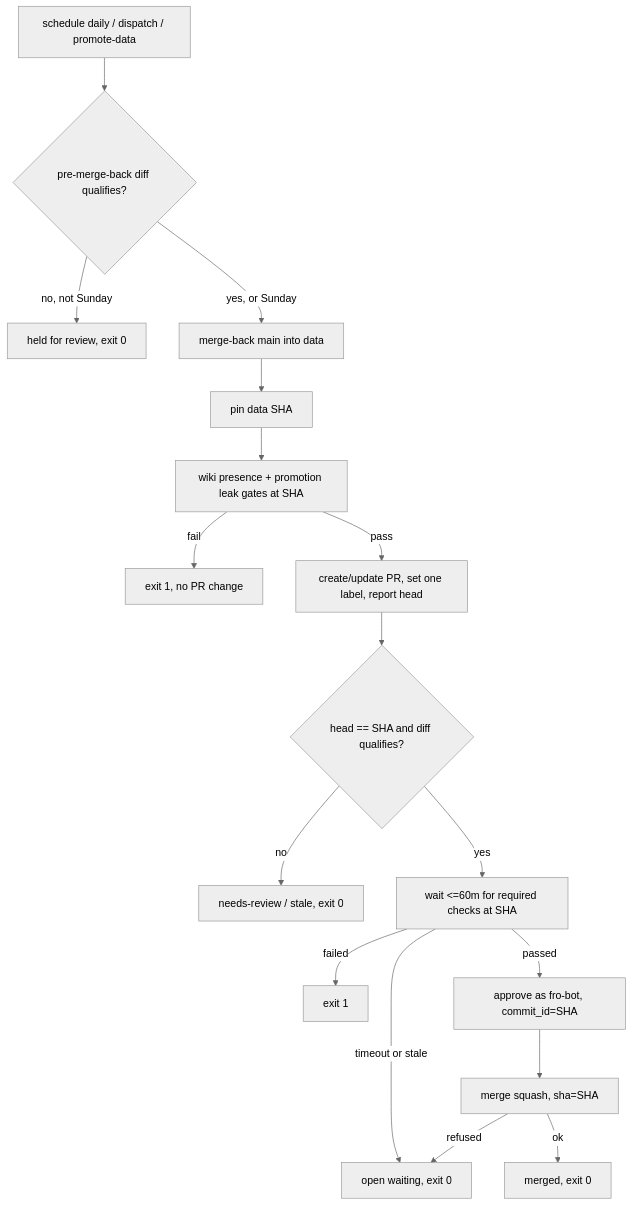
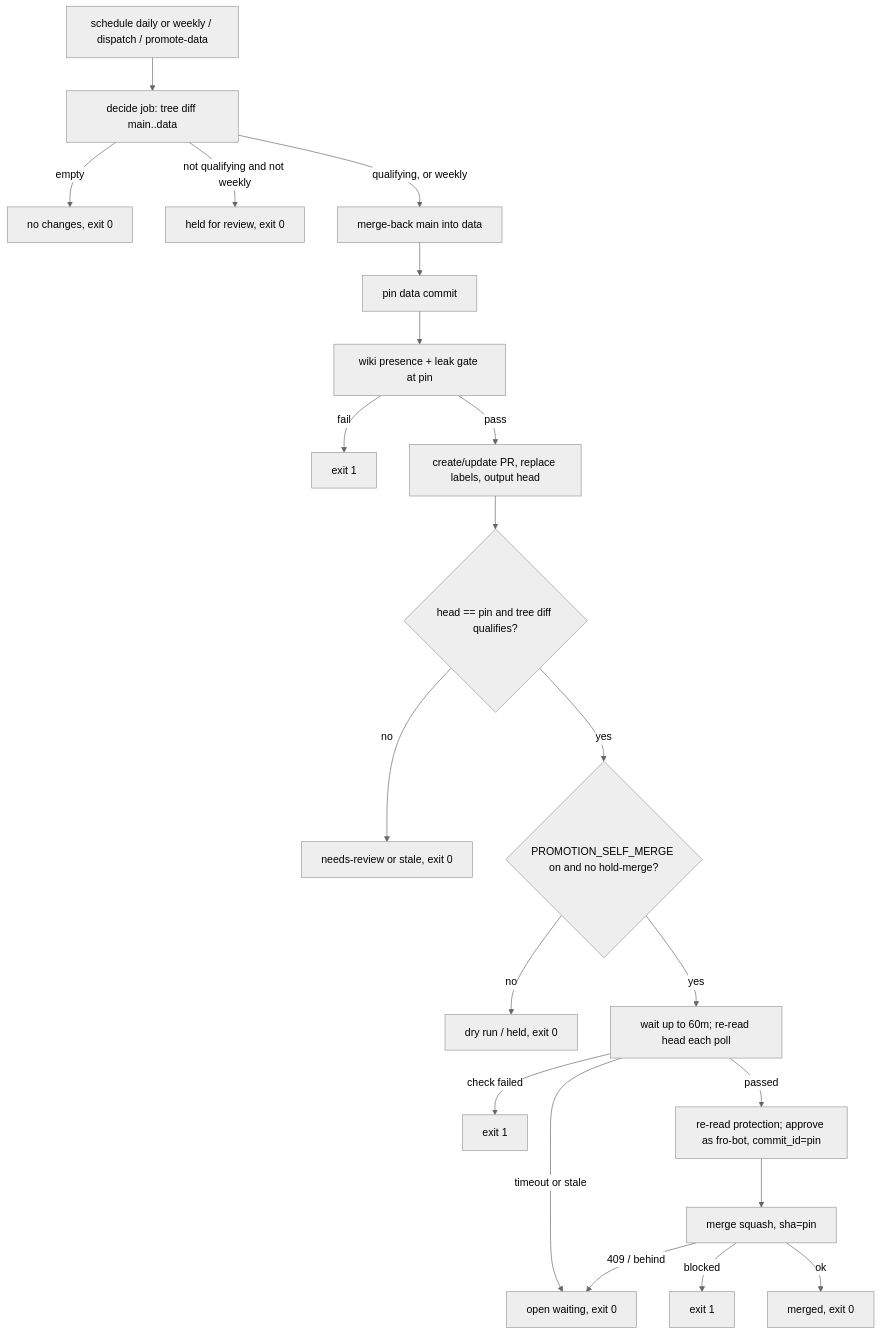
One commit to fro-bot/.github changed the diagram in docs/plans/2026-11-09-001-feat-promotion-self-merge-plan.md. Above: the diagram before and after it, drawn with Mermaid (neutral theme). The commit also changed other lines of this file and 1 other file, not shown here.

Commit message:
docs(plan): fold the self-merge plan reviews

````diff
--- a/docs/plans/2026-11-09-001-feat-promotion-self-merge-plan.md
+++ b/docs/plans/2026-11-09-001-feat-promotion-self-merge-plan.md
@@ -201,19 +215,23 @@
 ```mermaid
 flowchart TD
-  T[schedule daily / dispatch / promote-data] --> Q0{pre-merge-back diff qualifies?}
-  Q0 -- no, not Sunday --> H[held for review, exit 0]
-  Q0 -- yes, or Sunday --> MB[merge-back main into data]
-  MB --> PIN[pin data SHA]
-  PIN --> G[wiki presence + promotion leak gates at SHA]
-  G -- fail --> F[exit 1, no PR change]
-  G -- pass --> PR[create/update PR, set one label, report head]
-  PR --> Q1{head == SHA and diff qualifies?}
-  Q1 -- no --> R[needs-review / stale, exit 0]
-  Q1 -- yes --> W[wait <=60m for required checks at SHA]
+  T[schedule daily or weekly / dispatch / promote-data] --> DEC[decide job: tree diff main..data]
+  DEC -- empty --> NC[no changes, exit 0]
+  DEC -- not qualifying and not weekly --> H[held for review, exit 0]
+  DEC -- qualifying, or weekly --> MB[merge-back main into data]
+  MB --> PIN[pin data commit]
+  PIN --> G[wiki presence + leak gate at pin]
+  G -- fail --> F[exit 1]
+  G -- pass --> PR[create/update PR, replace labels, output head]
+  PR --> Q1{head == pin and tree diff qualifies?}
+  Q1 -- no --> R[needs-review or stale, exit 0]
+  Q1 -- yes --> SW{PROMOTION_SELF_MERGE on and no hold-merge?}
+  SW -- no --> DRY[dry run / held, exit 0]
+  SW -- yes --> W[wait up to 60m; re-read head each poll]
   W -- timeout or stale --> O[open waiting, exit 0]
-  W -- failed --> F2[exit 1]
-  W -- passed --> A[approve as fro-bot, commit_id=SHA]
-  A --> M[merge squash, sha=SHA]
-  M -- refused --> O
+  W -- check failed --> F2[exit 1]
+  W -- passed --> A[re-read protection; approve as fro-bot, commit_id=pin]
+  A --> M[merge squash, sha=pin]
+  M -- 409 / behind --> O
+  M -- blocked --> F3[exit 1]
   M -- ok --> D[merged, exit 0]
 ```
````
